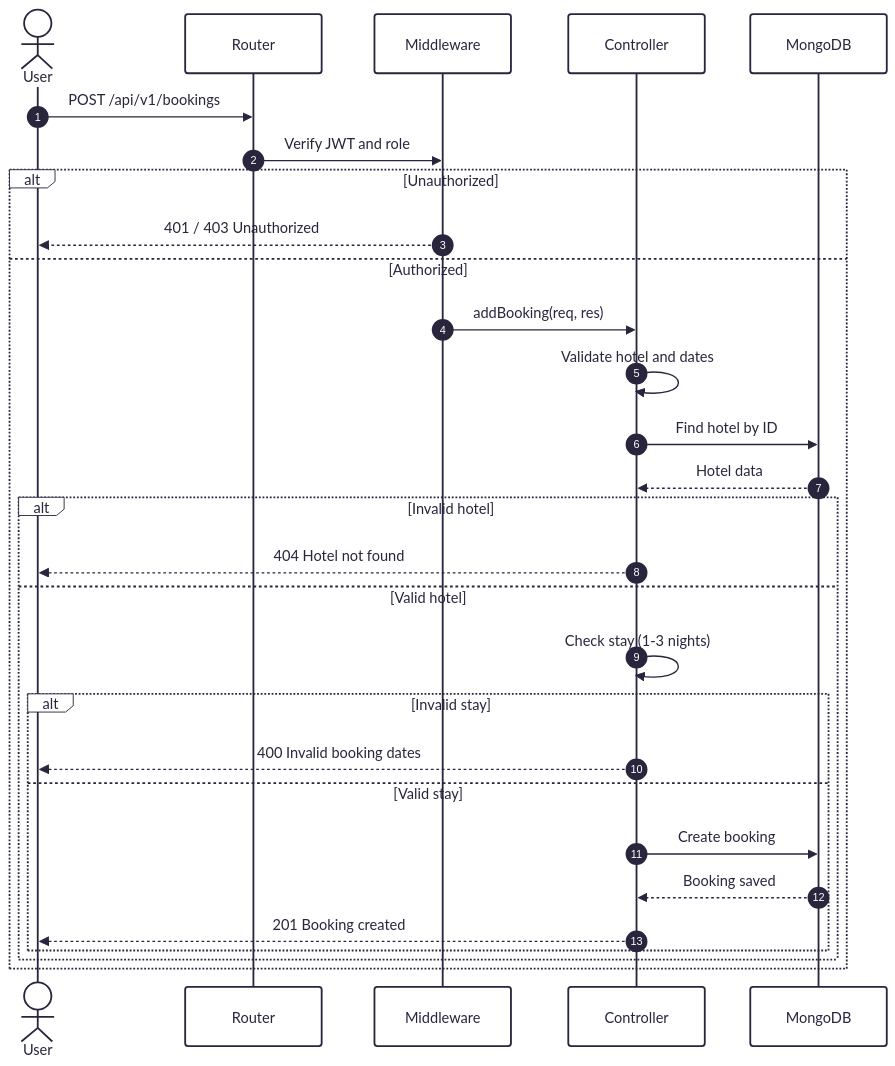
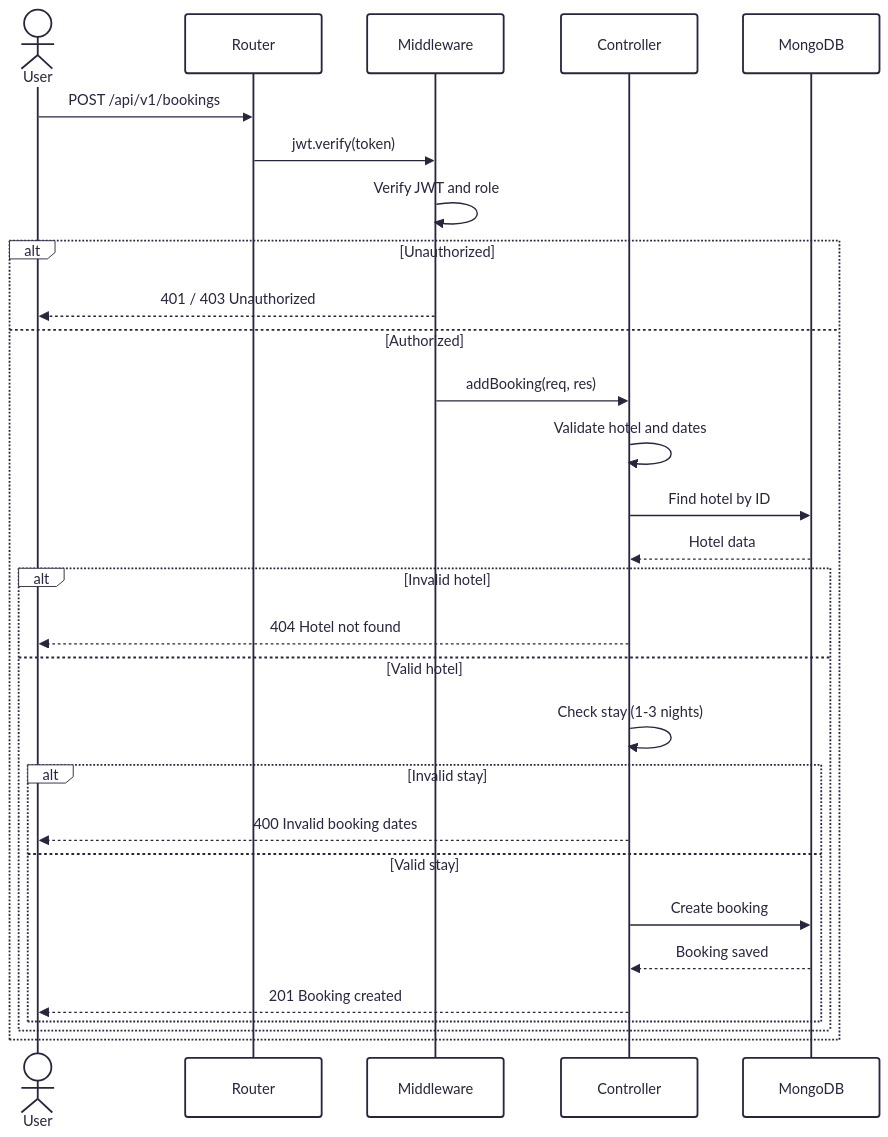
The diagram in docs/diagrams/sequence-booking.mmd (saharat-ko/hotel-booking), drawn with Mermaid before and after one commit. The commit also changed 2 other files, not shown here.

Commit message:
update sequence diagram and newman

```diff
--- a/docs/diagrams/sequence-booking.mmd
+++ b/docs/diagrams/sequence-booking.mmd
@@ -1,38 +1,38 @@
 ---
 config:
   theme: redux
 ---
 sequenceDiagram
-    autonumber
 
     actor User
     participant Router
     participant Middleware
     participant Controller
     participant DB as MongoDB
 
     User->>Router: POST /api/v1/bookings
-    Router->>Middleware: Verify JWT and role
+    Router->>Middleware: jwt.verify(token)
+    Middleware->>Middleware: Verify JWT and role
 
     alt Unauthorized
         Middleware-->>User: 401 / 403 Unauthorized
     else Authorized
         Middleware->>Controller: addBooking(req, res)
         Controller->>Controller: Validate hotel and dates
         Controller->>DB: Find hotel by ID
         DB-->>Controller: Hotel data
 
         alt Invalid hotel
             Controller-->>User: 404 Hotel not found
         else Valid hotel
             Controller->>Controller: Check stay (1-3 nights)
 
             alt Invalid stay
                 Controller-->>User: 400 Invalid booking dates
             else Valid stay
                 Controller->>DB: Create booking
                 DB-->>Controller: Booking saved
                 Controller-->>User: 201 Booking created
             end
         end
     end
```
